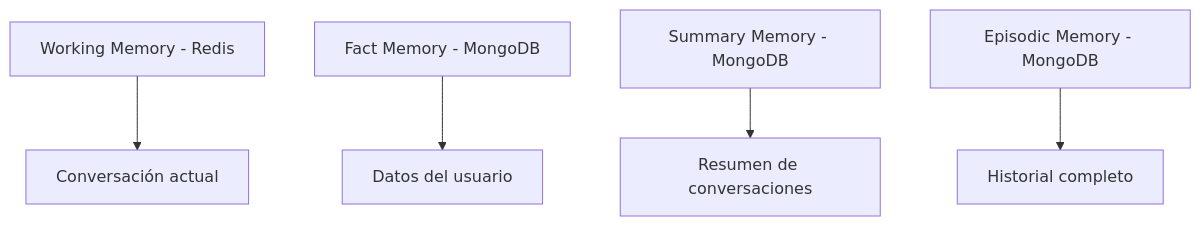
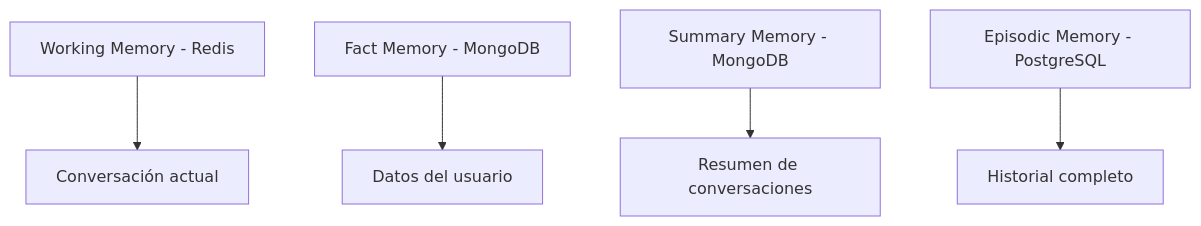
The diagram in README.md (delta-develop/kabot), drawn with Mermaid before and after one commit. The commit also changed other lines of this file and 25 other files, not shown here.

First line of the commit message:
[FEATURE] Move episodic turns to PostgreSQL (#23)

````diff
--- a/README.md
+++ b/README.md
@@ -160,7 +134,7 @@
 ```mermaid
 graph TD
   REDIS[Working Memory - Redis] --> CURRENT[Conversación actual]
   MONGO_FACT[Fact Memory - MongoDB] --> USER_DATA[Datos del usuario]
   MONGO_SUM[Summary Memory - MongoDB] --> SUMMARY[Resumen de conversaciones]
-  MONGO_EPISODIC[Episodic Memory - MongoDB] --> HISTORY[Historial completo]
+  POSTGRES_EPISODIC[Episodic Memory - PostgreSQL] --> HISTORY[Historial completo]
 ```
````
